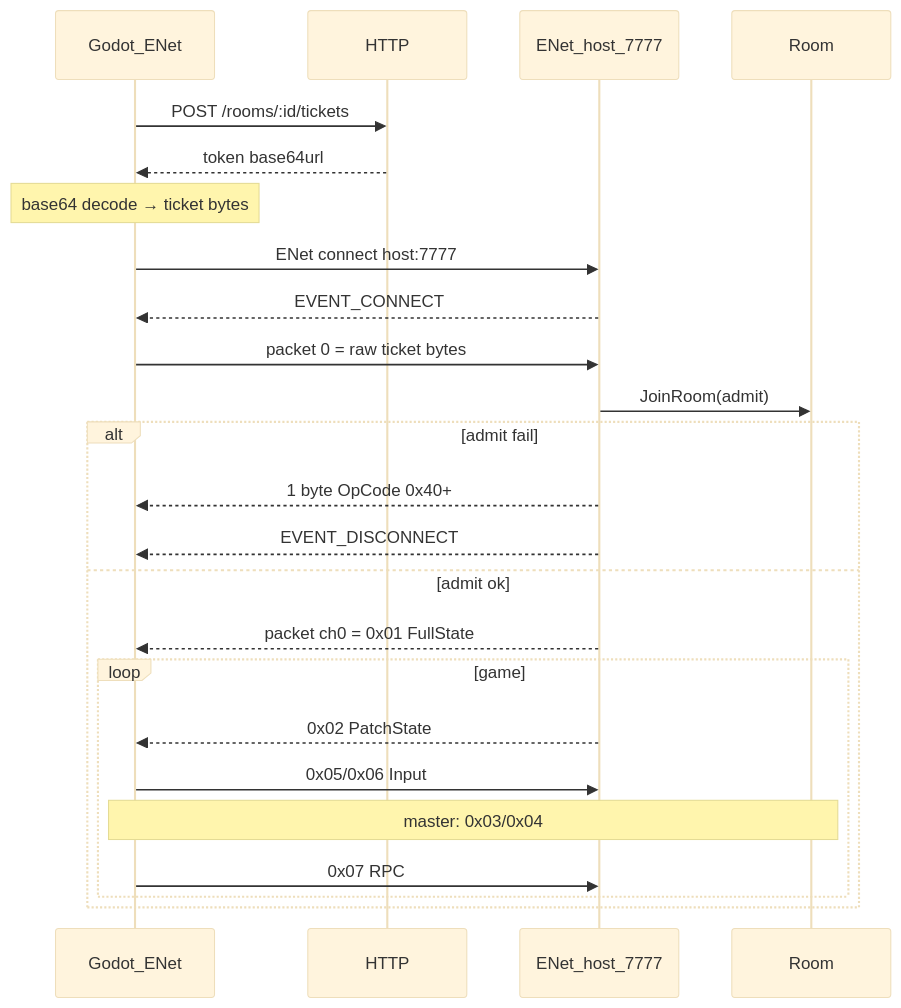
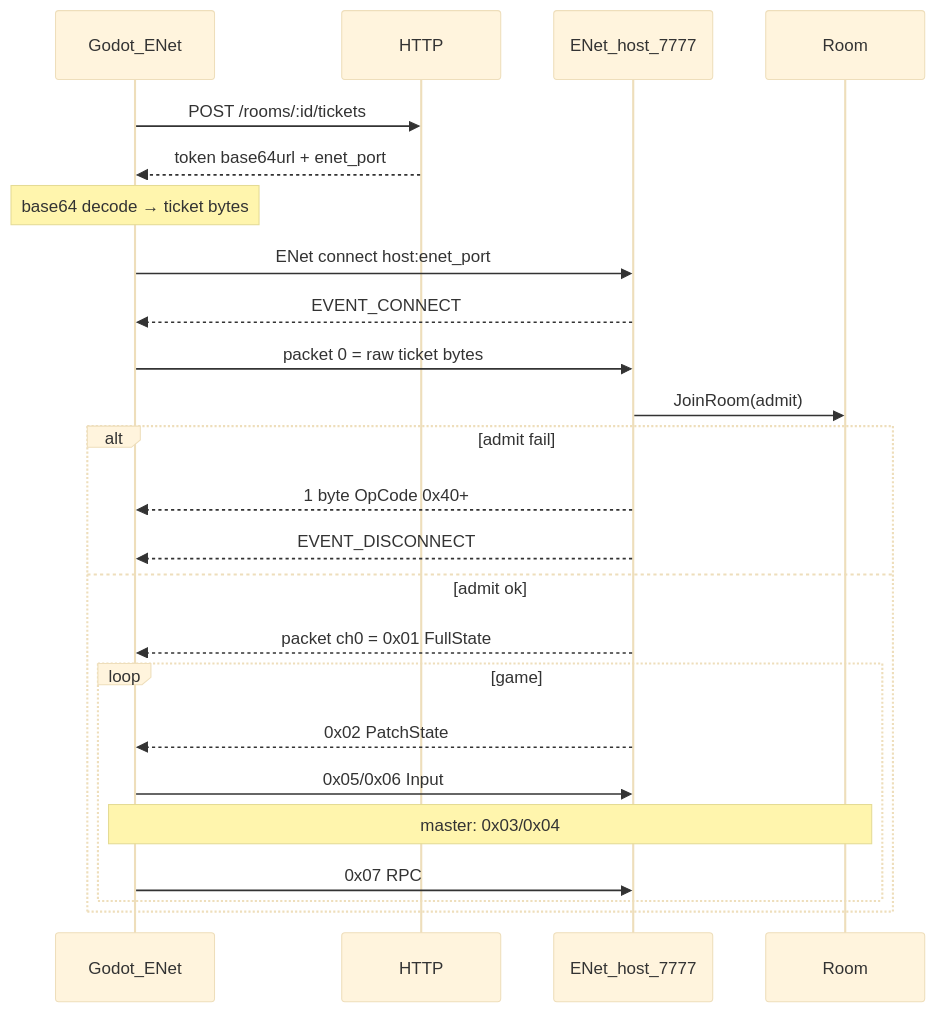
The diagram in docs/client-protocol/enet.md (Sorrowful-free/z-core-frontier-rooms), drawn with Mermaid (base theme) before and after one commit. The commit also changed other lines of this file and 54 other files, not shown here.

````diff
--- a/docs/client-protocol/enet.md
+++ b/docs/client-protocol/enet.md
@@ -30,27 +32,27 @@
 ```mermaid
 sequenceDiagram
   participant Client as Godot_ENet
   participant HTTP
   participant UDP as ENet_host_7777
   participant Room
 
   Client->>HTTP: POST /rooms/:id/tickets
-  HTTP-->>Client: token base64url
+  HTTP-->>Client: token base64url + enet_port
   Note over Client: base64 decode → ticket bytes
-  Client->>UDP: ENet connect host:7777
+  Client->>UDP: ENet connect host:enet_port
   UDP-->>Client: EVENT_CONNECT
   Client->>UDP: packet 0 = raw ticket bytes
   UDP->>Room: JoinRoom(admit)
   alt admit fail
     UDP-->>Client: 1 byte OpCode 0x40+
     UDP-->>Client: EVENT_DISCONNECT
   else admit ok
     UDP-->>Client: packet ch0 = 0x01 FullState
     loop game
       UDP-->>Client: 0x02 PatchState
       Client->>UDP: 0x05/0x06 Input
       Note over Client,Room: master: 0x03/0x04
       Client->>UDP: 0x07 RPC
     end
   end
 ```
````
